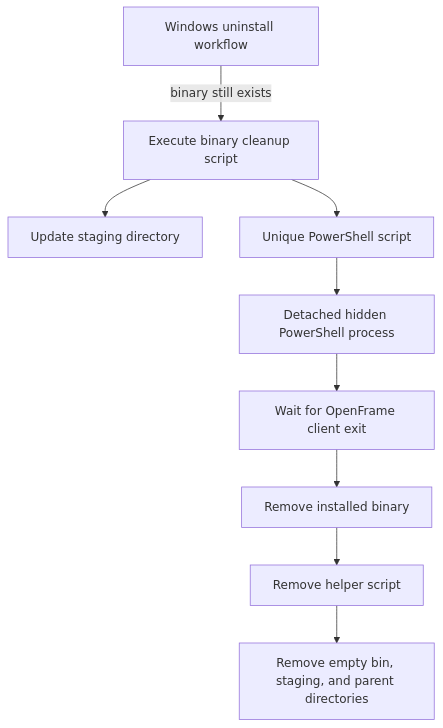
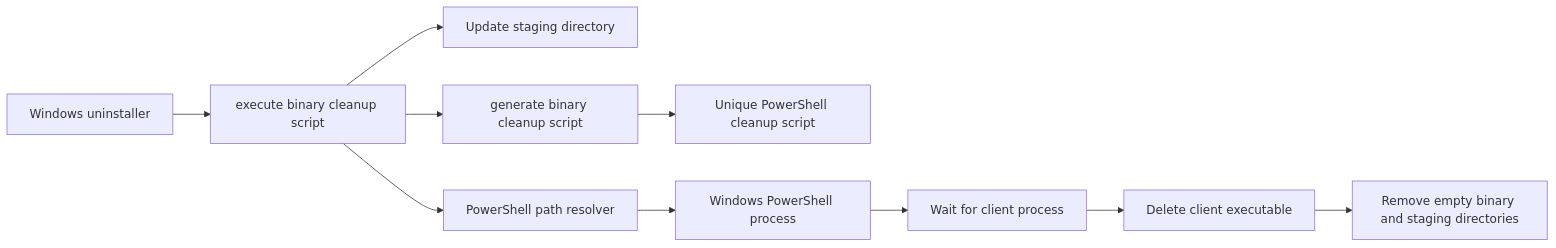
One commit to flamingo-stack/openframe-oss-tenant changed the second of 4 diagrams in docs/reference/architecture/openframe-client-core/platform-windows-cleanup/platform-windows-cleanup.md. Above: the diagram before and after it, drawn with Mermaid. The commit also changed other lines of this file and 2377 other files, not shown here.

````diff
--- a/docs/reference/architecture/openframe-client-core/platform-windows-cleanup/platform-windows-cleanup.md
+++ b/docs/reference/architecture/openframe-client-core/platform-windows-cleanup/platform-windows-cleanup.md
@@ -19,11 +38,12 @@
 ```mermaid
-flowchart TD
-    UninstallFlow["Windows uninstall workflow"] -->|"binary still exists"| CleanupLaunch["Execute binary cleanup script"]
-    CleanupLaunch --> StagingDirectory["Update staging directory"]
-    CleanupLaunch --> ScriptFile["Unique PowerShell script"]
-    ScriptFile --> PowerShell["Detached hidden PowerShell process"]
-    PowerShell --> WaitForClient["Wait for OpenFrame client exit"]
-    WaitForClient --> RemoveBinary["Remove installed binary"]
-    RemoveBinary --> RemoveScript["Remove helper script"]
-    RemoveScript --> EmptyDirectoryCleanup["Remove empty bin, staging, and parent directories"]
+flowchart LR
+    Uninstaller["Windows uninstaller"] --> Executor["execute binary cleanup script"]
+    Executor --> StagingDirectory["Update staging directory"]
+    Executor --> ScriptGenerator["generate binary cleanup script"]
+    ScriptGenerator --> PowerShellScript["Unique PowerShell cleanup script"]
+    Executor --> PowerShellResolver["PowerShell path resolver"]
+    PowerShellResolver --> PowerShell["Windows PowerShell process"]
+    PowerShell --> ProcessWait["Wait for client process"]
+    ProcessWait --> BinaryRemoval["Delete client executable"]
+    BinaryRemoval --> EmptyDirectoryRemoval["Remove empty binary and staging directories"]
 ```
````
